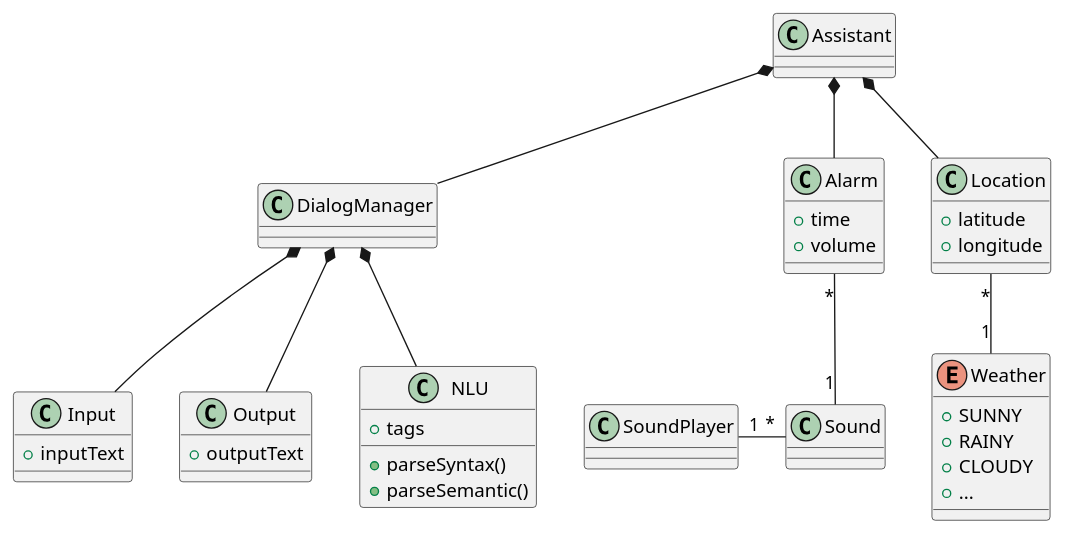
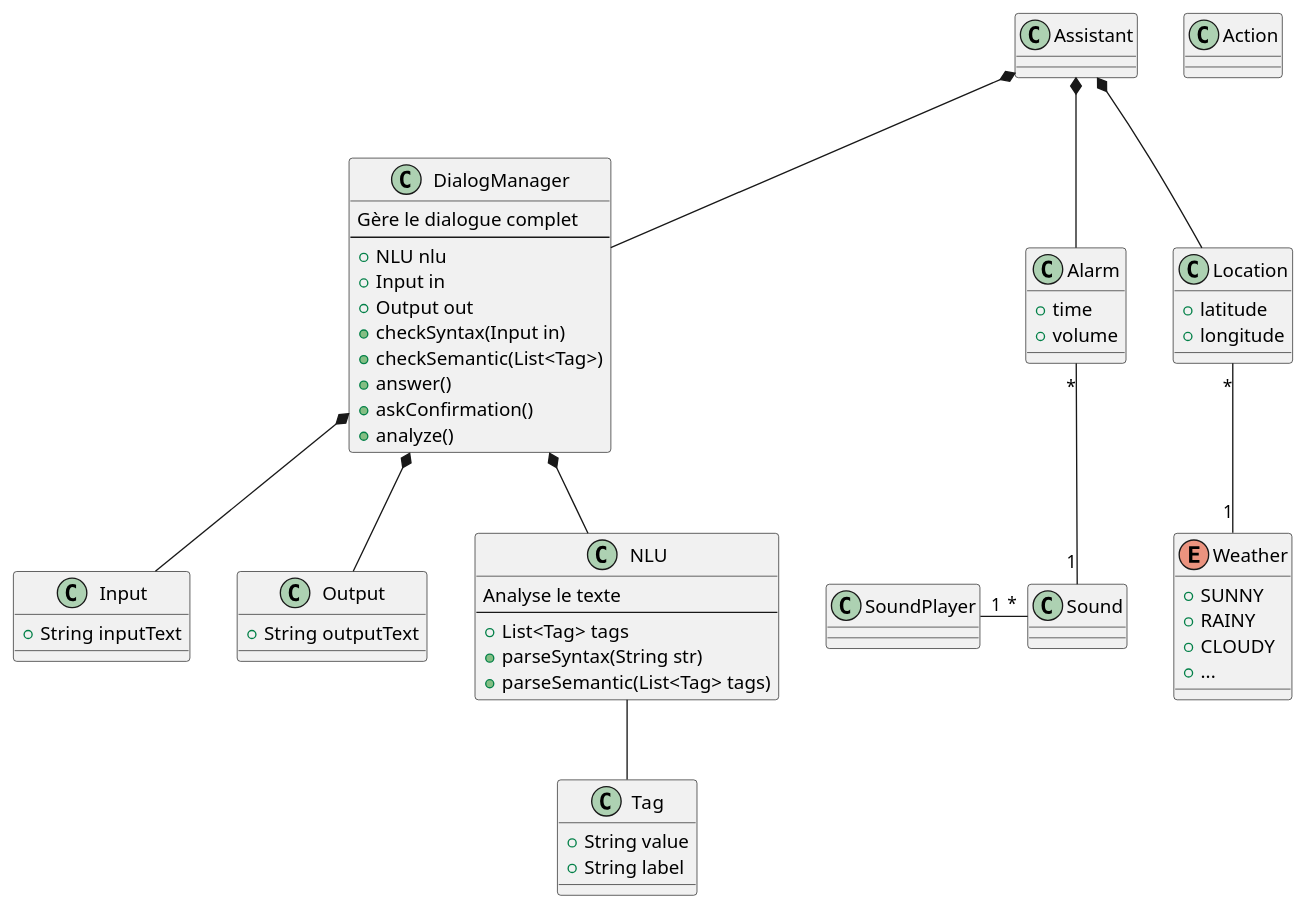
Before and after one commit to alexandre-lelain/ihme-agent-assistant: the diagram in conception/source/classDiagram.puml, drawn with PlantUML.

Commit message:
Update class diagram

```diff
--- a/conception/source/classDiagram.puml
+++ b/conception/source/classDiagram.puml
@@ -1,51 +1,73 @@
 @startuml
 
 class Assistant
 
-class DialogManager
+class DialogManager {
+  Gère le dialogue complet
+  ----
+  +NLU nlu
+  +Input in
+  +Output out
+  +checkSyntax(Input in)
+  +checkSemantic(List<Tag>)
+  +answer()
+  +askConfirmation()
+  +analyze()
+}
 
 class NLU {
-  +tags
-  +parseSyntax()
-  +parseSemantic()
+  Analyse le texte
+  ----
+  +List<Tag> tags
+  +parseSyntax(String str)
+  +parseSemantic(List<Tag> tags)
+}
+
+class Tag{
+  +String value
+  +String label
 }
 
 class Input {
-  +inputText
+  +String inputText
 }
 
 class Output {
-  +outputText
+  +String outputText
 }
 
 class Alarm {
     +time
     +volume
 }
 
 class Location {
     +latitude
     +longitude
 }
 
 enum Weather {
     +SUNNY
     +RAINY
     +CLOUDY
     +...
 }
 
 class SoundPlayer
 class Sound
 
+class Action {
+}
+
 Location "*"--"1" Weather
 Alarm "*"--"1" Sound
 Sound "*"-left-"1" SoundPlayer
 Assistant *-- Alarm
 Assistant *-- Location
 Assistant *-- DialogManager
 DialogManager *--NLU
 DialogManager *-- Input
 DialogManager *-- Output
+NLU -- Tag
 
 @enduml
```
